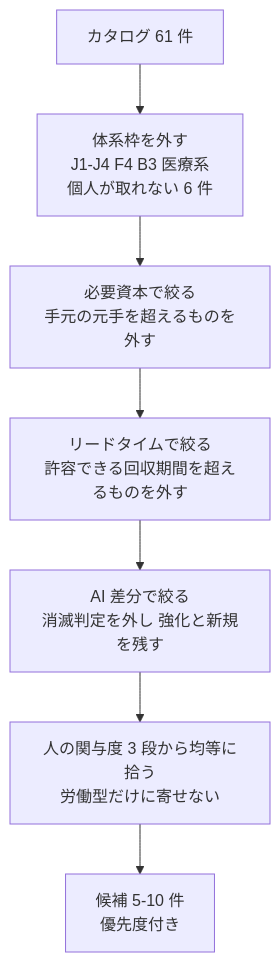
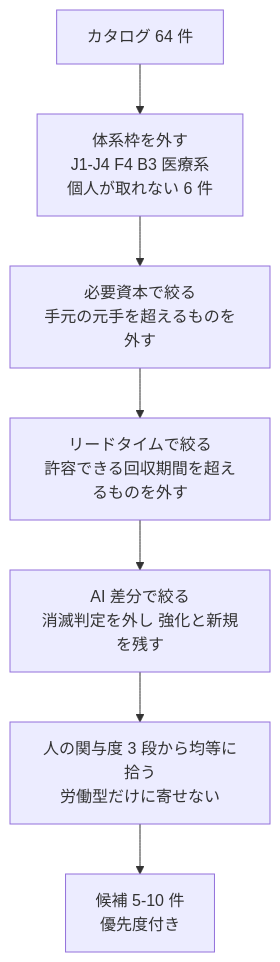
One commit to akiraak/ai-income-lab changed the first of 5 diagrams in docs/specs/income-taxonomy/shortlist.md. Above: the diagram before and after it, drawn with Mermaid. The commit also changed other lines of this file and 7 other files, not shown here.

````diff
--- a/docs/specs/income-taxonomy/shortlist.md
+++ b/docs/specs/income-taxonomy/shortlist.md
@@ -14,9 +18,9 @@
 ```mermaid
 flowchart TD
-  ALL["カタログ 61 件"] --> F0["体系枠を外す<br/>J1-J4 F4 B3 医療系<br/>個人が取れない 6 件"]
+  ALL["カタログ 64 件"] --> F0["体系枠を外す<br/>J1-J4 F4 B3 医療系<br/>個人が取れない 6 件"]
   F0 --> F1["必要資本で絞る<br/>手元の元手を超えるものを外す"]
   F1 --> F2["リードタイムで絞る<br/>許容できる回収期間を超えるものを外す"]
   F2 --> F3["AI 差分で絞る<br/>消滅判定を外し 強化と新規を残す"]
   F3 --> F4x["人の関与度 3 段から均等に拾う<br/>労働型だけに寄せない"]
   F4x --> OUT["候補 5-10 件<br/>優先度付き"]
 ```
````
